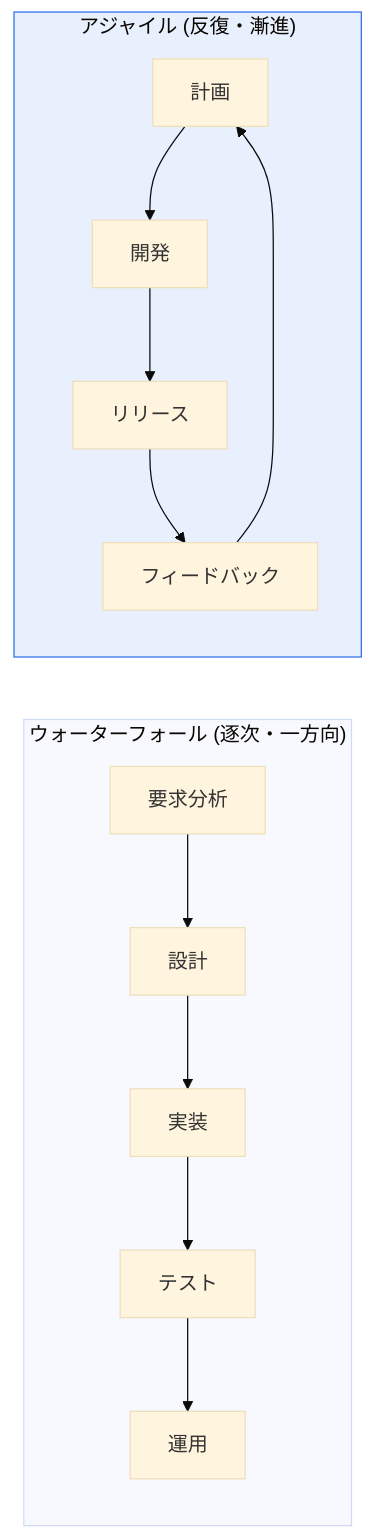
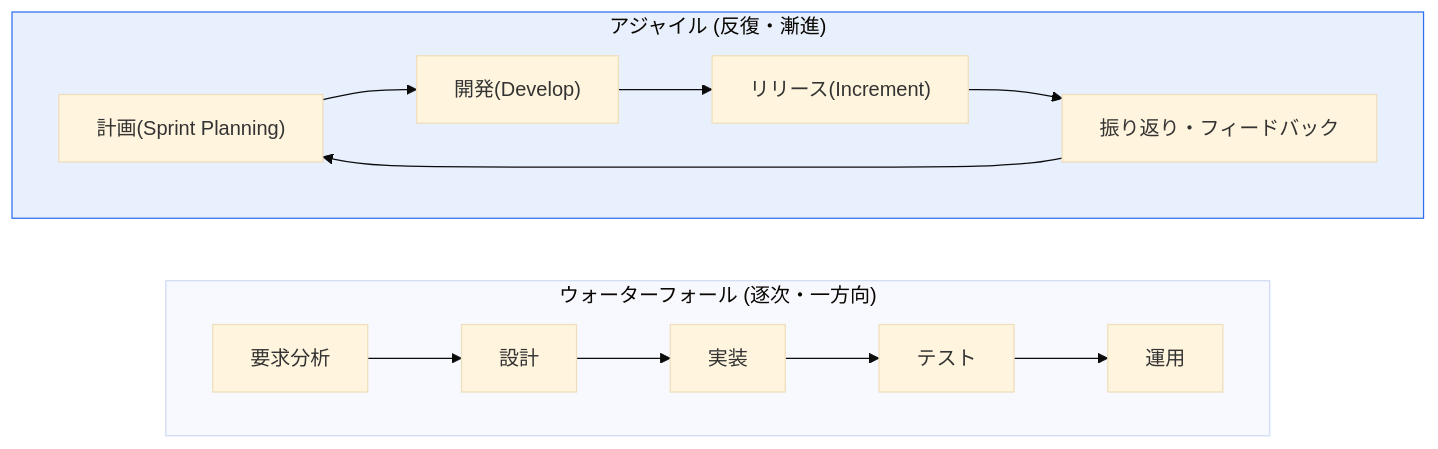
Before and after one commit to coninggu/wjdqhrhksflrltnftk: the first of 2 diagrams in content/ja/waterfall-vs-agile.md, drawn with Mermaid (base theme). The commit also changed other lines of this file and 37 other files, not shown here.

````diff
--- a/content/ja/waterfall-vs-agile.md
+++ b/content/ja/waterfall-vs-agile.md
@@ -15,10 +25,12 @@
 ```mermaid
 flowchart LR
   subgraph W["ウォーターフォール (逐次・一方向)"]
-    W1[要求分析] --> W2[設計] --> W3[実装] --> W4[テスト] --> W5[運用]
+    direction LR
+    W1["要求分析"] --> W2["設計"] --> W3["実装"] --> W4["テスト"] --> W5["運用"]
   end
   subgraph A["アジャイル (反復・漸進)"]
-    A1[計画] --> A2[開発] --> A3[リリース] --> A4[フィードバック] --> A1
+    direction LR
+    A1["計画(Sprint Planning)"] --> A2["開発(Develop)"] --> A3["リリース(Increment)"] --> A4["振り返り・フィードバック"] --> A1
   end
   style A fill:#e8f0fe,stroke:#2f6fed
 ```
````
